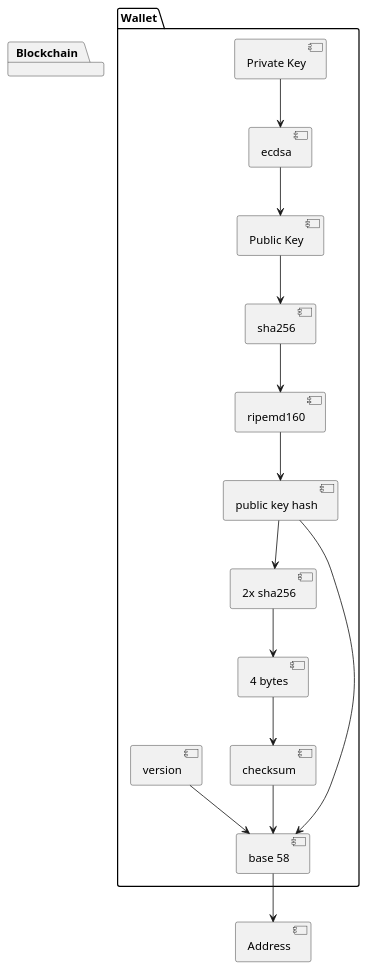
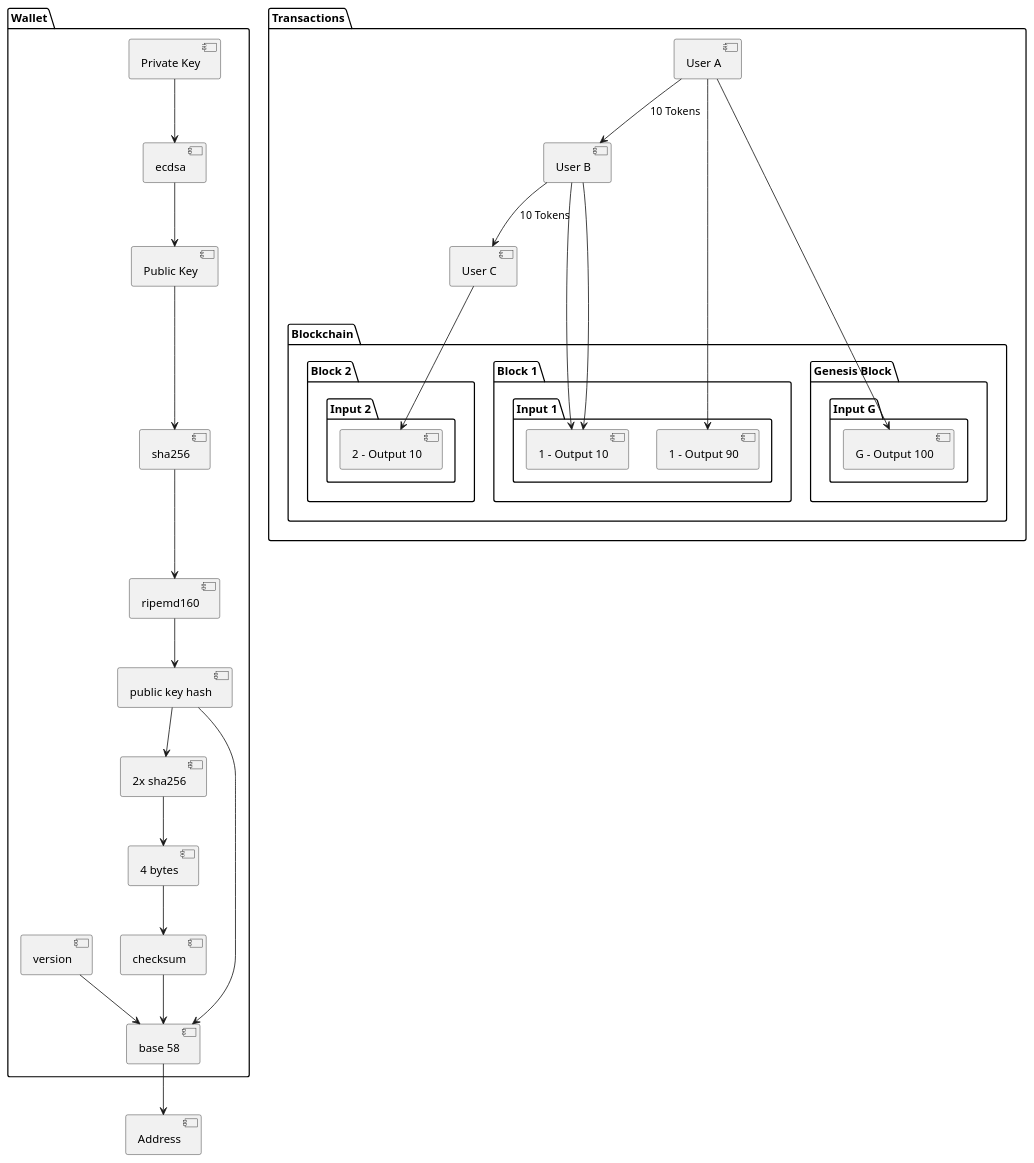
One commit to TeissierYannis/go-blockchain changed the diagram in schemas.puml. Above: the diagram before and after it, drawn with PlantUML. The commit also changed 4 other files, not shown here.

```diff
--- a/schemas.puml
+++ b/schemas.puml
@@ -1,22 +1,51 @@
 @startuml
+' A private key is first generated using the ecdsa algorithm.
+' The ecdsa algorithm is used to generate a public key from the private key.
+' The public key is then passed through the SHA256 hashing algorithm to create a public key hash.
+' The public key hash is then passed through the ripemd160 hashing algorithm to create a public key hash.
+' The public key hash is then passed through two rounds of the SHA256 hashing algorithm to create a checksum.
+' A version byte is added to the public key hash, and the checksum is appended to it.
+' The combination of the version, public key hash, and checksum is then encoded using base58 encoding to create the final address.
 package "Wallet" {
     [Private Key] -down-> [ecdsa]
     [ecdsa] -down-> [Public Key]
     [Public Key] -down-> [sha256]
     [sha256] -down-> [ripemd160]
     [ripemd160] -down-> [public key hash]
     [public key hash] -down-> [2x sha256]
     [2x sha256] -down-> [4 bytes]
     [4 bytes] -down-> [checksum]
     [checksum] -down-> [base 58]
     [version] -down-> [base 58]
     [public key hash] -down-> [base 58]
 }
 [base 58] -down-> [Address]
 
-
-package "Blockchain" {
-
+package "Transactions" {
+    package "Blockchain" {
+        package "Genesis Block" {
+            package "Input G" {
+                [G - Output 100]
+            }
+        }
+        package "Block 1" {
+            package "Input 1" {
+                    [1 - Output 90]
+                    [1 - Output 10]
+            }
+        }
+        package "Block 2" {
+            package "Input 2" {
+                [2 - Output 10]
+            }
+        }
+    }
+    [User A] -down-> [G - Output 100]
+    [User A] -down-> [1 - Output 90]
+    [User A] -down-> [User B] : 10 Tokens
+    [User B] -down-> [1 - Output 10]
+    [User B] -down-> [User C] : 10 Tokens
+    [User C] -down-> [2 - Output 10]
+    [User B] -down-> [1 - Output 10]
 }
-
 @enduml
```
